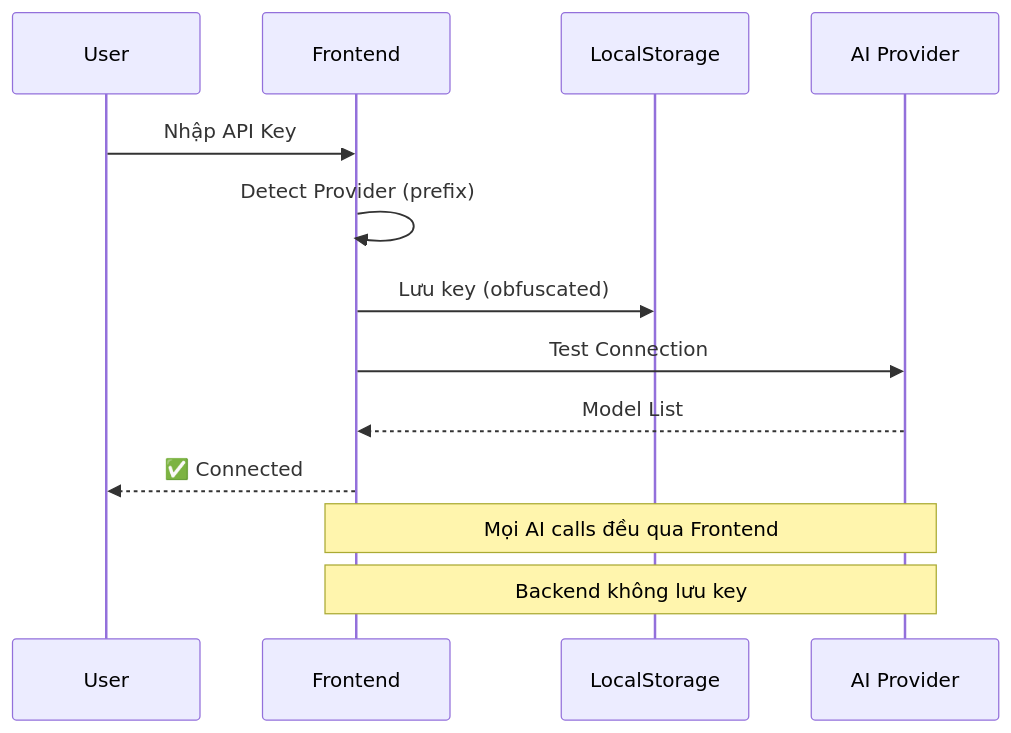
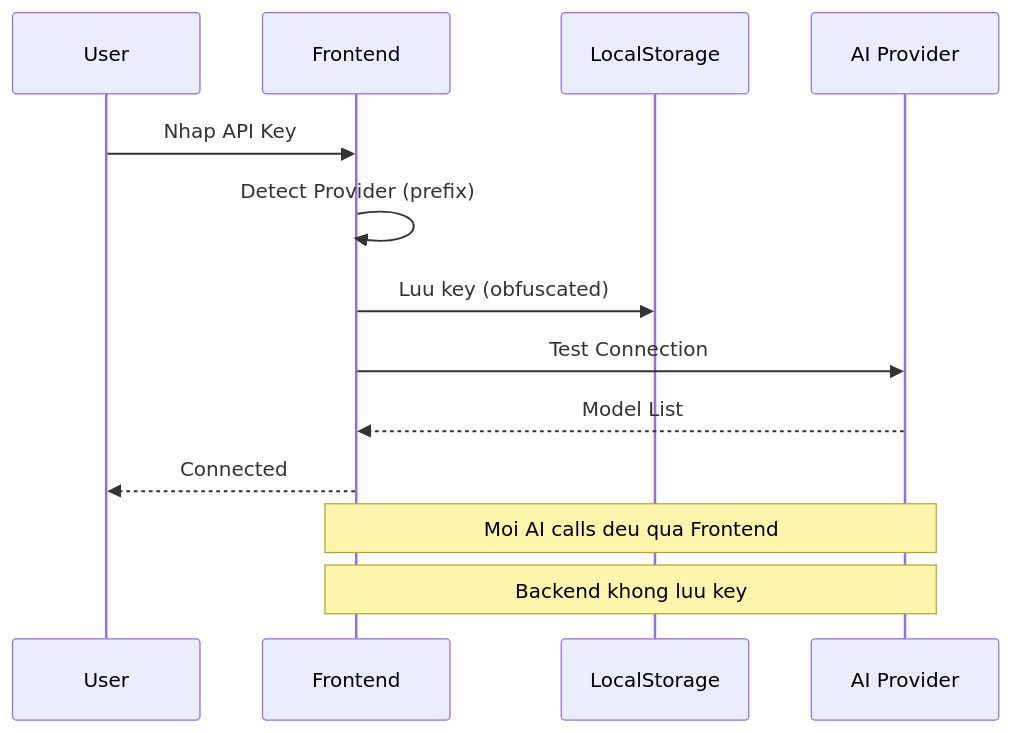
The fourth of 4 diagrams in README.md (LongNgn204/taodeonline), drawn with Mermaid before and after one commit. The commit also changed other lines of this file, not shown here.

````diff
--- a/README.md
+++ b/README.md
@@ -179,17 +171,17 @@
 ```mermaid
 sequenceDiagram
     participant U as User
     participant F as Frontend
     participant LS as LocalStorage
     participant AI as AI Provider
     
-    U->>F: Nhập API Key
+    U->>F: Nhap API Key
     F->>F: Detect Provider (prefix)
-    F->>LS: Lưu key (obfuscated)
+    F->>LS: Luu key (obfuscated)
     F->>AI: Test Connection
     AI-->>F: Model List
-    F-->>U: ✅ Connected
+    F-->>U: Connected
     
-    Note over F,AI: Mọi AI calls đều qua Frontend
-    Note over F,AI: Backend không lưu key
+    Note over F,AI: Moi AI calls deu qua Frontend
+    Note over F,AI: Backend khong luu key
 ```
````
